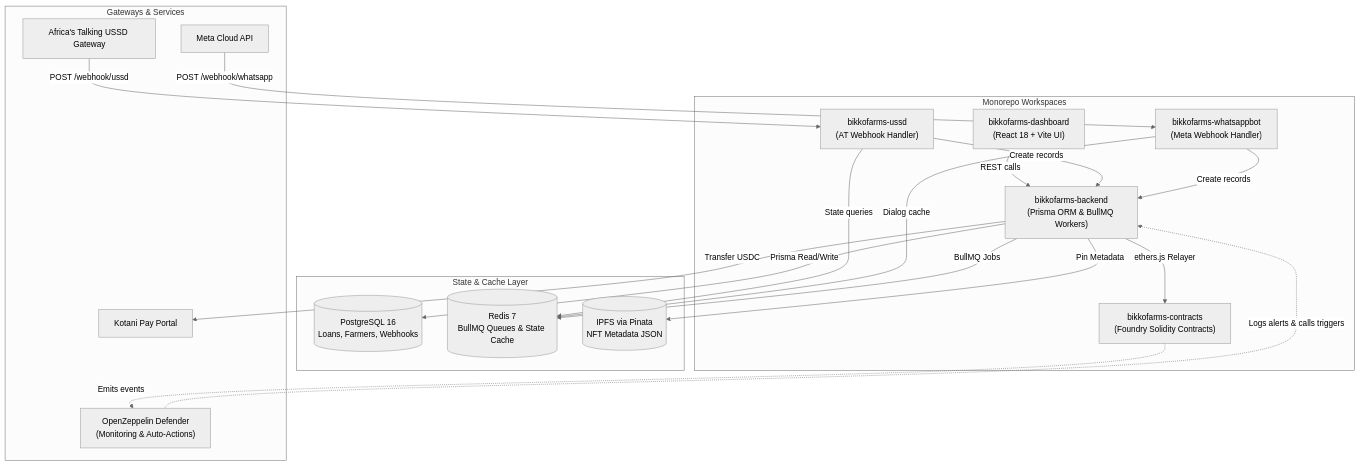
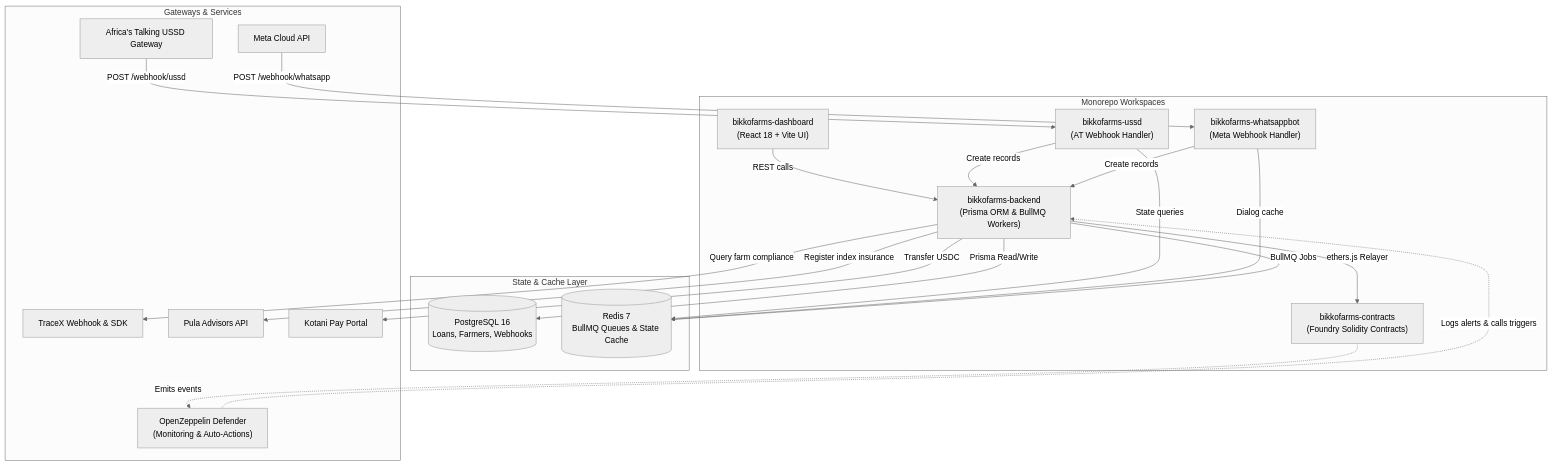
Before and after one commit to BikkoFarms/bikkofarms-platform: the second of 7 diagrams in system_architecture.md, drawn with Mermaid (neutral theme). The commit also changed other lines of this file and 16 other files, not shown here.

````diff
--- a/system_architecture.md
+++ b/system_architecture.md
@@ -69,46 +77,48 @@
 ```mermaid
 graph TB
     subgraph Monorepo ["Monorepo Workspaces"]
         USSD_PKG["bikkofarms-ussd\n(AT Webhook Handler)"]
         WA_PKG["bikkofarms-whatsappbot\n(Meta Webhook Handler)"]
         BACK_PKG["bikkofarms-backend\n(Prisma ORM & BullMQ Workers)"]
         DASH_PKG["bikkofarms-dashboard\n(React 18 + Vite UI)"]
         CONTRACTS_PKG["bikkofarms-contracts\n(Foundry Solidity Contracts)"]
     end
 
     subgraph Data ["State & Cache Layer"]
         PG[(PostgreSQL 16\nLoans, Farmers, Webhooks)]
         REDIS[(Redis 7\nBullMQ Queues & State Cache)]
-        IPFS[(IPFS via Pinata\nNFT Metadata JSON)]
     end
 
     subgraph External ["Gateways & Services"]
         AT["Africa's Talking USSD Gateway"]
         META["Meta Cloud API"]
+        TRACEX_API["TraceX Webhook & SDK"]
+        PULA_API["Pula Advisors API"]
         KP["Kotani Pay Portal"]
         DEFENDER["OpenZeppelin Defender\n(Monitoring & Auto-Actions)"]
     end
 
     %% Routing
     AT -->|POST /webhook/ussd| USSD_PKG
     META -->|POST /webhook/whatsapp| WA_PKG
     DASH_PKG -->|REST calls| BACK_PKG
     
     %% Communication inside Monorepo
     USSD_PKG -->|State queries| REDIS
     USSD_PKG -->|Create records| BACK_PKG
     WA_PKG -->|Dialog cache| REDIS
     WA_PKG -->|Create records| BACK_PKG
     
     BACK_PKG -->|BullMQ Jobs| REDIS
     BACK_PKG -->|Prisma Read/Write| PG
     
-    %% Blockchain / Financial execution
-    BACK_PKG -->|Pin Metadata| IPFS
+    %% Third-party Integrations
+    BACK_PKG -->|Query farm compliance| TRACEX_API
+    BACK_PKG -->|Register index insurance| PULA_API
+    BACK_PKG -->|Transfer USDC| KP
     BACK_PKG -->|ethers.js Relayer| CONTRACTS_PKG
-    BACK_PKG -->|Transfer USDC| KP
     
     %% Monitoring
     CONTRACTS_PKG -.->|Emits events| DEFENDER
     DEFENDER -.->|Logs alerts & calls triggers| BACK_PKG
 ```
````
